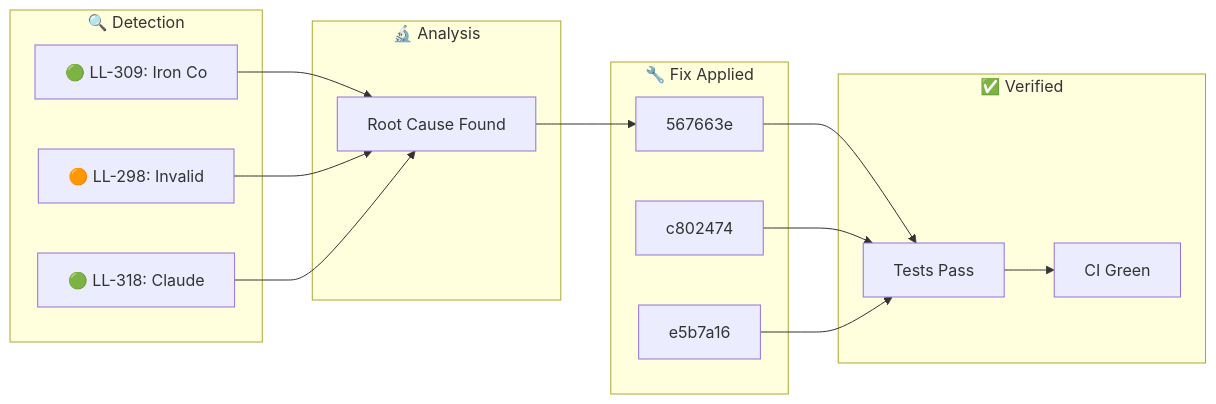
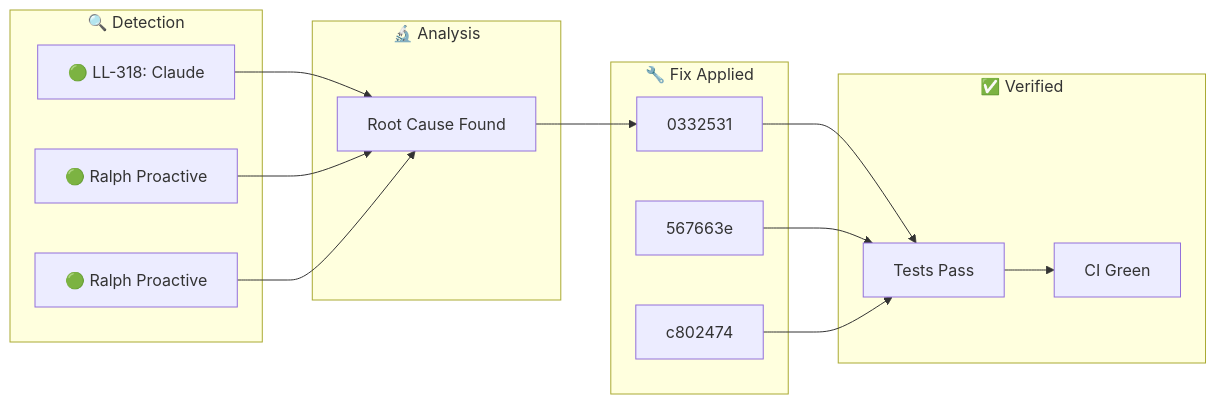
Before and after one commit to YoByron/trading: the diagram in docs/_posts/2026-01-31-ralph-discovery.md, drawn with Mermaid. The commit also changed other lines of this file, not shown here.

Commit message:
docs(ralph): Auto-publish discovery blog post

````diff
--- a/docs/_posts/2026-01-31-ralph-discovery.md
+++ b/docs/_posts/2026-01-31-ralph-discovery.md
@@ -17,28 +17,28 @@
 ```mermaid
 flowchart LR
     subgraph Detection["🔍 Detection"]
-        D1["🟢 LL-309: Iron Co"]
-        D2["🟠 LL-298: Invalid"]
-        D3["🟢 LL-318: Claude "]
+        D1["🟢 LL-318: Claude "]
+        D2["🟢 Ralph Proactive"]
+        D3["🟢 Ralph Proactive"]
     end
     subgraph Analysis["🔬 Analysis"]
         A1["Root Cause Found"]
     end
     subgraph Fix["🔧 Fix Applied"]
-        F1["567663e"]
-        F2["c802474"]
-        F3["e5b7a16"]
+        F1["0332531"]
+        F2["567663e"]
+        F3["c802474"]
     end
     subgraph Verify["✅ Verified"]
         V1["Tests Pass"]
         V2["CI Green"]
     end
     D1 --> A1
     D2 --> A1
     D3 --> A1
     A1 --> F1
     F1 --> V1
     F2 --> V1
     F3 --> V1
     V1 --> V2
 ```
````
